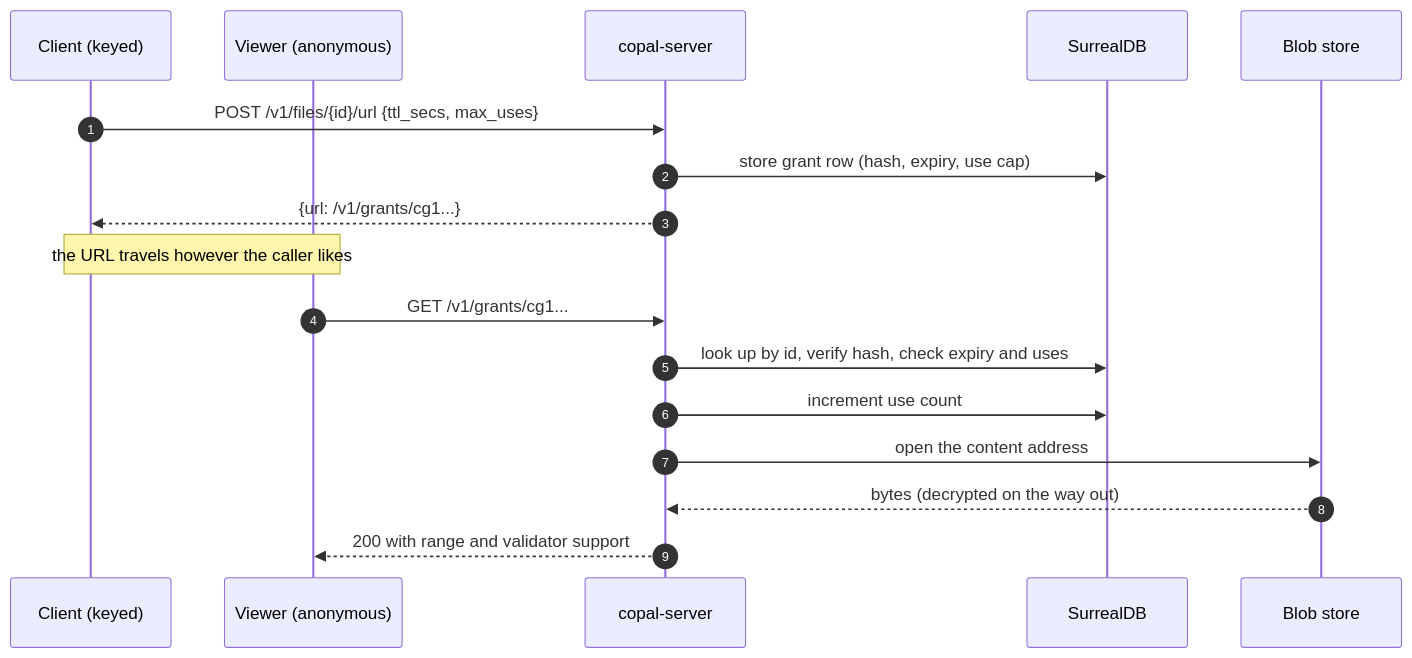
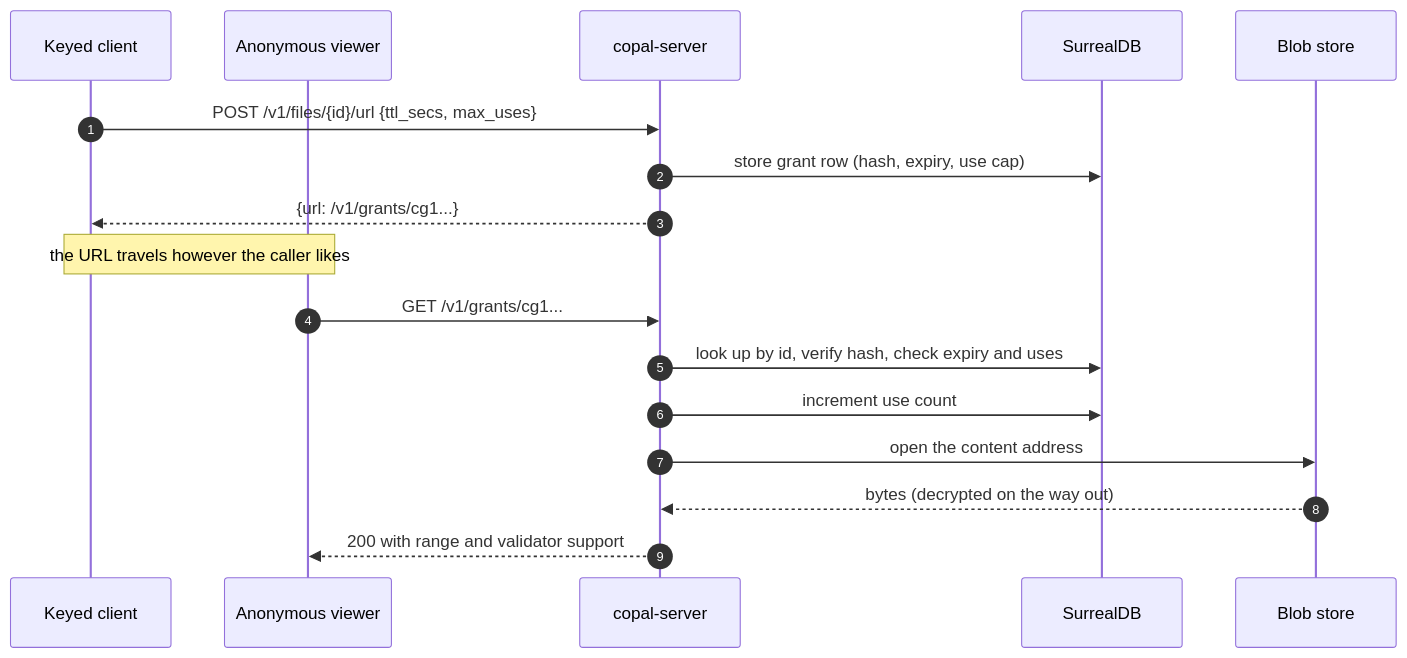
One commit to Oneiriq/copal changed the fourth of 7 diagrams in docs/sequences.md. Above: the diagram before and after it, drawn with Mermaid. The commit also changed other lines of this file and 33 other files, not shown here.

````diff
--- a/docs/sequences.md
+++ b/docs/sequences.md
@@ -120,21 +128,21 @@
 ```mermaid
 sequenceDiagram
     autonumber
-    participant C as Client (keyed)
-    participant V as Viewer (anonymous)
+    participant C as Keyed client
+    participant V as Anonymous viewer
     participant S as copal-server
     participant M as SurrealDB
     participant B as Blob store
 
     C->>S: POST /v1/files/{id}/url {ttl_secs, max_uses}
     S->>M: store grant row (hash, expiry, use cap)
     S-->>C: {url: /v1/grants/cg1...}
     Note over C,V: the URL travels however the caller likes
 
     V->>S: GET /v1/grants/cg1...
     S->>M: look up by id, verify hash, check expiry and uses
     S->>M: increment use count
     S->>B: open the content address
     B-->>S: bytes (decrypted on the way out)
     S-->>V: 200 with range and validator support
 ```
````
